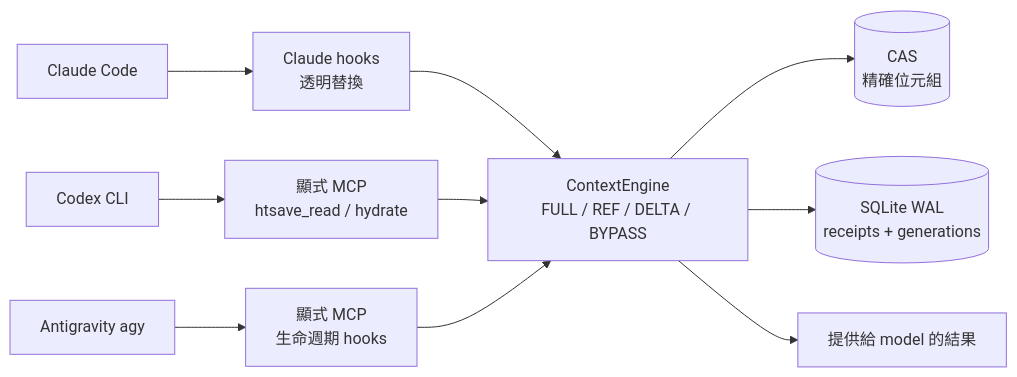
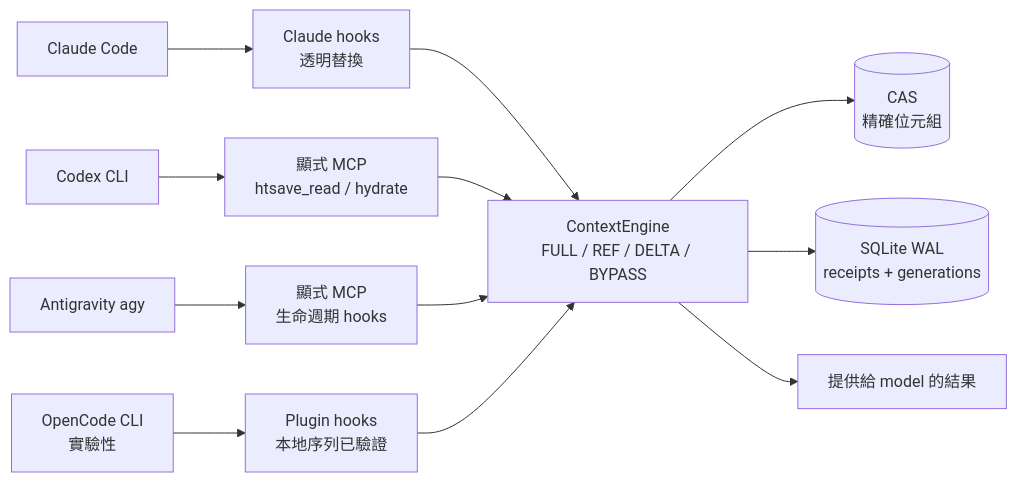
Before and after one commit to ChingFuHan/htsave: the diagram in README.zh-TW.md, drawn with Mermaid. The commit also changed other lines of this file and 43 other files, not shown here.

First line of the commit message:
feat: ship Claude Code as a plugin and add experimental OpenCode adapter

````diff
--- a/README.zh-TW.md
+++ b/README.zh-TW.md
@@ -34,12 +37,14 @@
 ```mermaid
 flowchart LR
     C[Claude Code] --> CH[Claude hooks<br/>透明替換]
     X[Codex CLI] --> XM[顯式 MCP<br/>htsave_read / hydrate]
     A[Antigravity agy] --> AM[顯式 MCP<br/>生命週期 hooks]
     CH --> E[ContextEngine<br/>FULL / REF / DELTA / BYPASS]
     XM --> E
     AM --> E
     E --> S[(CAS<br/>精確位元組)]
     E --> R[(SQLite WAL<br/>receipts + generations)]
-    E --> O[提供給 model 的結果]
+    OC[OpenCode CLI<br/>實驗性] --> OCH[Plugin hooks<br/>本地序列已驗證]
+    OCH --> E
+    E --> M[提供給 model 的結果]
 ```
````
